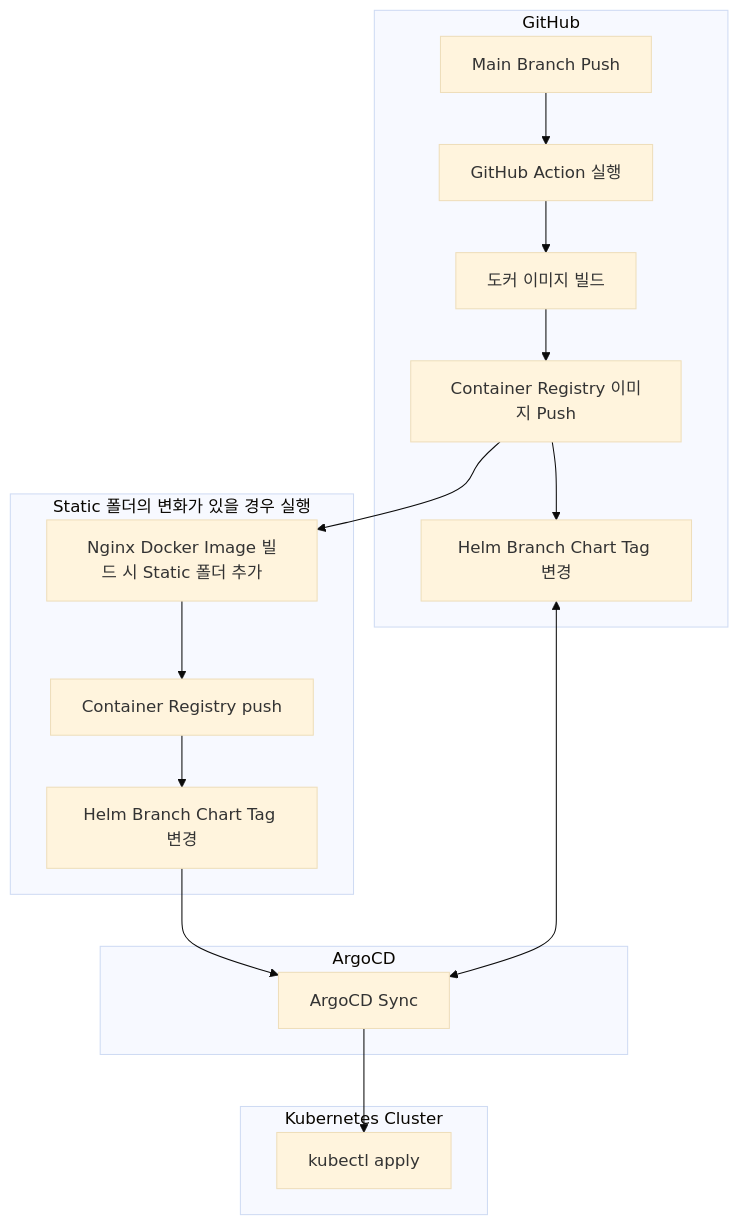
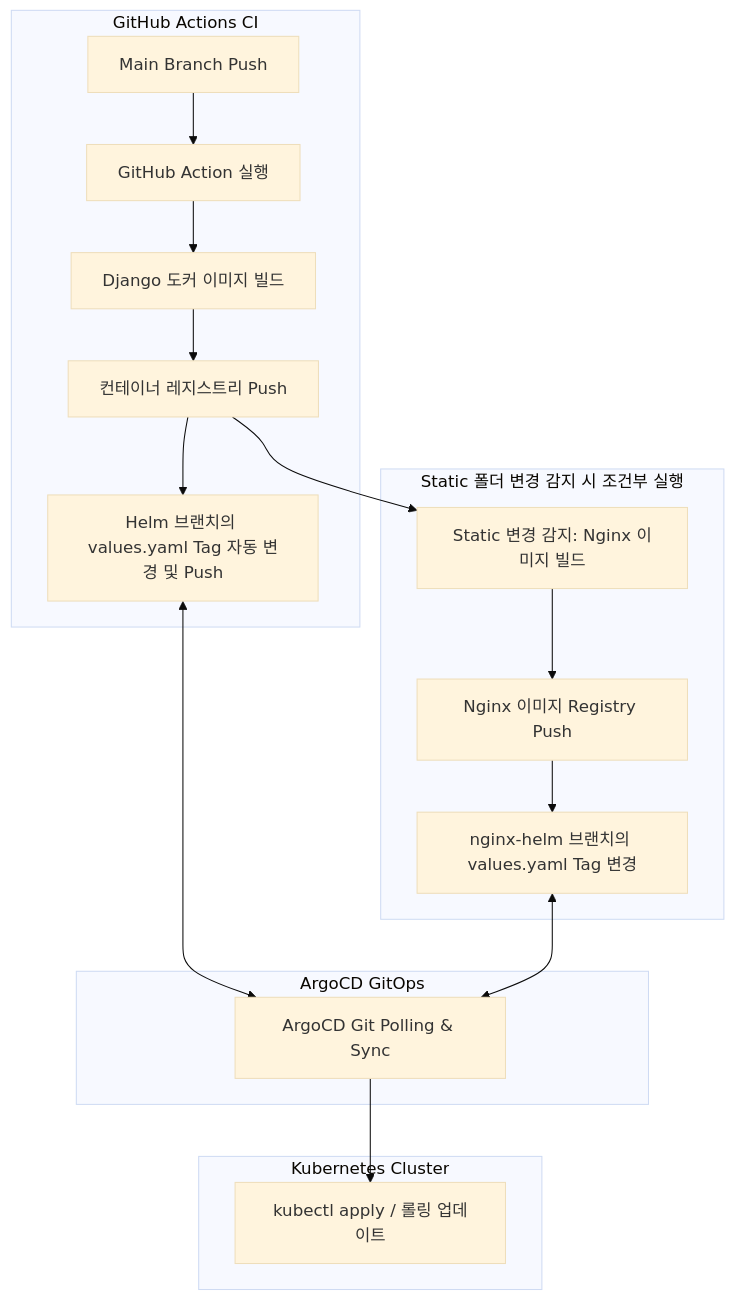
Before and after one commit to sRrAiN98/Kubernetes: the diagram in github-actions/README.md, drawn with Mermaid (base theme). The commit also changed other lines of this file and 33 other files, not shown here.

````diff
--- a/github-actions/README.md
+++ b/github-actions/README.md
@@ -3,25 +9,25 @@
 ```mermaid
 graph TD;
 
-subgraph "GitHub"
+subgraph "GitHub Actions CI"
   A[Main Branch Push] --> B[GitHub Action 실행]
-  B --> C[도커 이미지 빌드]
-  C --> D[Container Registry 이미지 Push]
-  D --> F[Helm Branch Chart Tag 변경]
+  B --> C[Django 도커 이미지 빌드]
+  C --> D[컨테이너 레지스트리 Push]
+  D --> F[Helm 브랜치의 values.yaml Tag 자동 변경 및 Push]
 end
 
-subgraph "Static 폴더의 변화가 있을 경우 실행"
-  D --> I[Nginx Docker Image 빌드 시 Static 폴더 추가]
-  I --> J[Container Registry push]
-  J --> K[Helm Branch Chart Tag 변경]
+subgraph "Static 폴더 변경 감지 시 조건부 실행"
+  D --> I[Static 변경 감지: Nginx 이미지 빌드]
+  I --> J[Nginx 이미지 Registry Push]
+  J --> K[nginx-helm 브랜치의 values.yaml Tag 변경]
 end
 
-subgraph "ArgoCD"
-	K --> G
-  F <--> G[ArgoCD Sync]
+subgraph "ArgoCD GitOps"
+  F <--> G[ArgoCD Git Polling & Sync]
+  K <--> G
 end
 
 subgraph "Kubernetes Cluster"
-  G --> H[kubectl apply]
+  G --> H[kubectl apply / 롤링 업데이트]
 end
 ```
````
